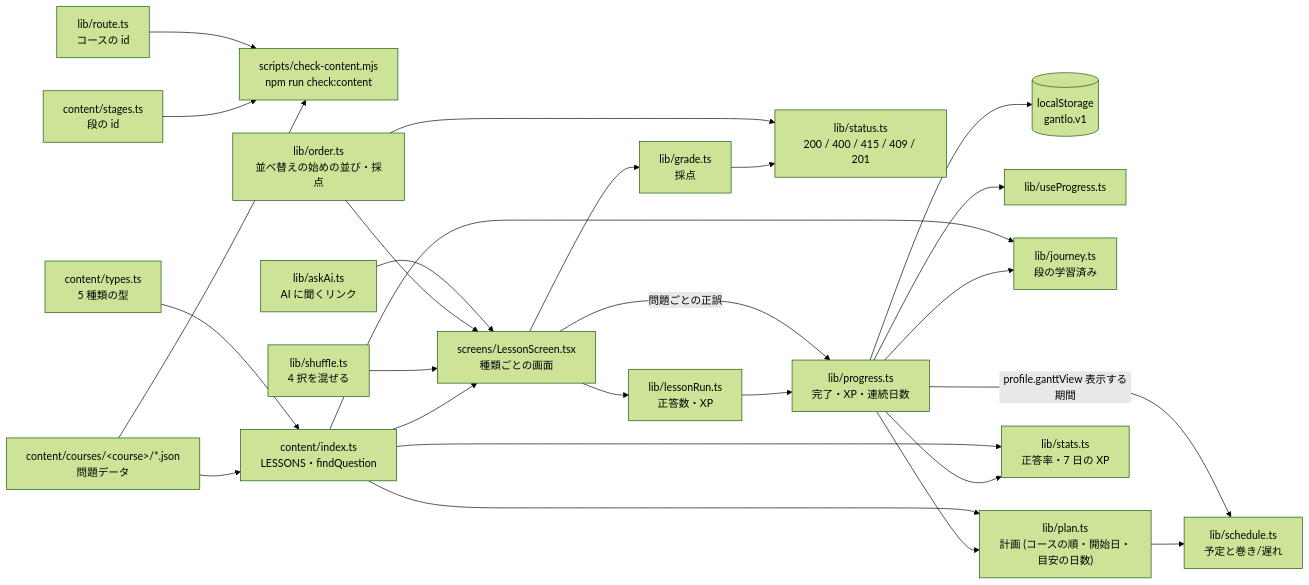
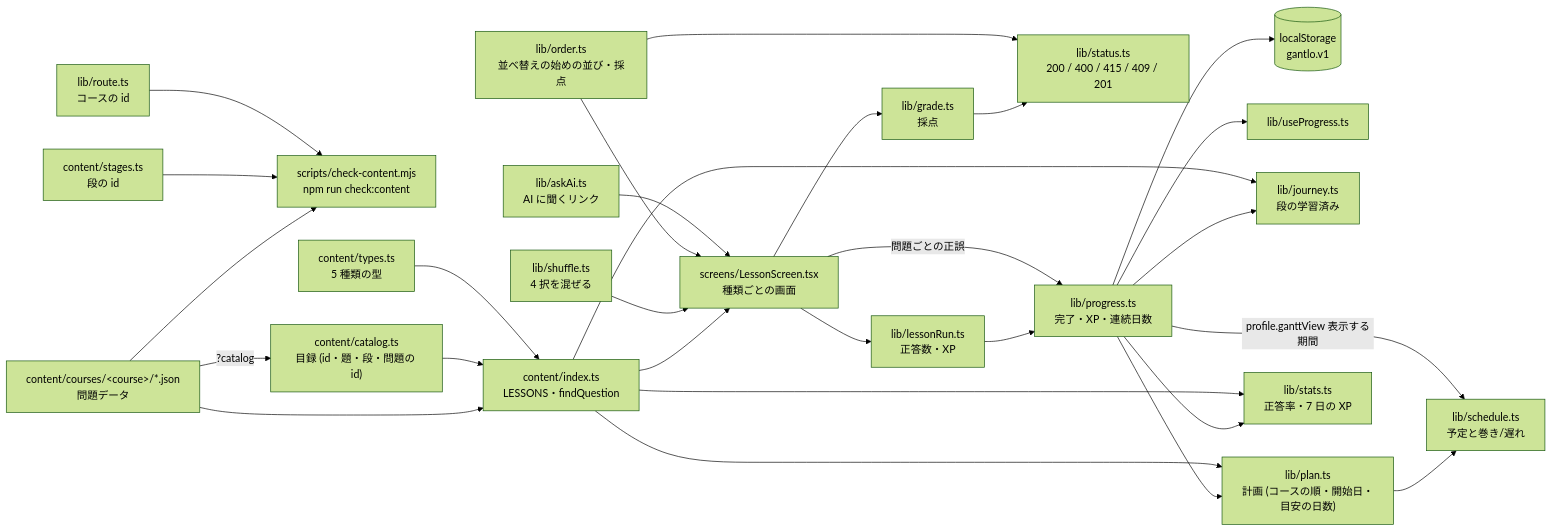
Before and after one commit to maco165/gantlo: the second of 3 diagrams in README.md, drawn with Mermaid (forest theme). The commit also changed other lines of this file and 16 other files, not shown here.

````diff
--- a/README.md
+++ b/README.md
@@ -140,28 +141,30 @@
 ```mermaid
 flowchart LR
   json["content/courses/#lt;course#gt;/*.json<br/>問題データ"] --> check["scripts/check-content.mjs<br/>npm run check:content"]
   stages["content/stages.ts<br/>段の id"] --> check
   courses["lib/route.ts<br/>コースの id"] --> check
   json --> index["content/index.ts<br/>LESSONS・findQuestion"]
+  json -->|?catalog| catalog["content/catalog.ts<br/>目録 (id・題・段・問題の id)"]
+  catalog --> index
   types["content/types.ts<br/>5 種類の型"] --> index
   index --> lesson["screens/LessonScreen.tsx<br/>種類ごとの画面"]
   shuffle["lib/shuffle.ts<br/>4 択を混ぜる"] --> lesson
   order["lib/order.ts<br/>並べ替えの始めの並び・採点"] --> lesson
   ask["lib/askAi.ts<br/>AI に聞くリンク"] --> lesson
   lesson --> grade["lib/grade.ts<br/>採点"]
   grade --> st["lib/status.ts<br/>200 / 400 / 415 / 409 / 201"]
   order --> st
   lesson --> run["lib/lessonRun.ts<br/>正答数・XP"]
   run --> progress["lib/progress.ts<br/>完了・XP・連続日数"]
   lesson -->|問題ごとの正誤| progress
   progress --> ls[("localStorage<br/>gantlo.v1")]
   progress --> hook["lib/useProgress.ts"]
   progress --> journey["lib/journey.ts<br/>段の学習済み"]
   progress --> planlib["lib/plan.ts<br/>計画 (コースの順・開始日・目安の日数)"]
   planlib --> schedlib["lib/schedule.ts<br/>予定と巻き/遅れ"]
   progress -->|profile.ganttView 表示する期間| schedlib
   index --> journey
   index --> planlib
   progress --> statslib["lib/stats.ts<br/>正答率・7 日の XP"]
   index --> statslib
 ```
````
